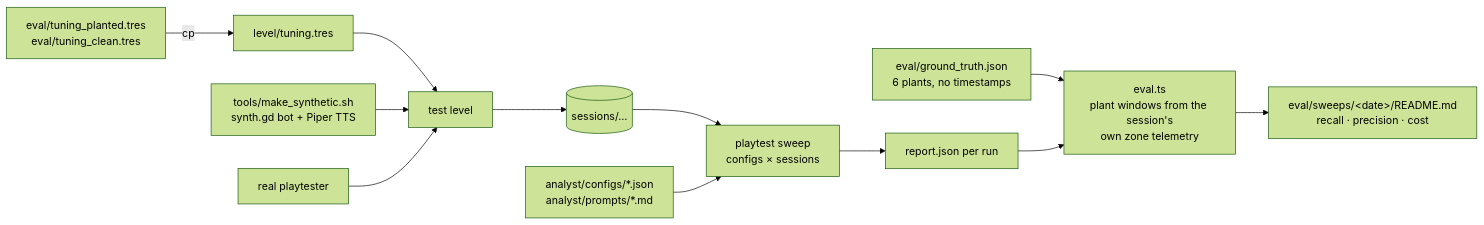
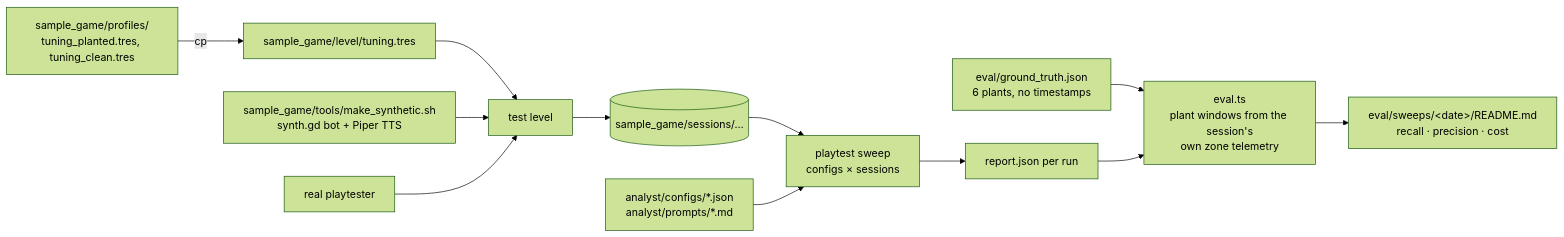
Before and after one commit to tornupgaming/playtest-analyst: the eighth of 9 diagrams in docs/architecture.md, drawn with Mermaid (forest theme). The commit also changed other lines of this file and 148 other files, not shown here.

First line of the commit message:
Move the Godot project into sample_game/; the plugin and analyst stay top level

````diff
--- a/docs/architecture.md
+++ b/docs/architecture.md
@@ -322,14 +322,14 @@
 ```mermaid
 flowchart LR
-  tun["eval/tuning_planted.tres<br/>eval/tuning_clean.tres"] -->|cp| live["level/tuning.tres"]
+  tun["sample_game/profiles/<br/>tuning_planted.tres, tuning_clean.tres"] -->|cp| live["sample_game/level/tuning.tres"]
   live --> level["test level"]
-  bot["tools/make_synthetic.sh<br/>synth.gd bot + Piper TTS"] --> level
+  bot["sample_game/tools/make_synthetic.sh<br/>synth.gd bot + Piper TTS"] --> level
   human["real playtester"] --> level
-  level --> bundles[("sessions/…")]
+  level --> bundles[("sample_game/sessions/…")]
   bundles --> sweep["playtest sweep<br/>configs × sessions"]
   cfgs["analyst/configs/*.json<br/>analyst/prompts/*.md"] --> sweep
   sweep --> reports["report.json per run"]
   gt["eval/ground_truth.json<br/>6 plants, no timestamps"] --> eval
   reports --> eval["eval.ts<br/>plant windows from the session's<br/>own zone telemetry"]
   eval --> readme["eval/sweeps/&lt;date&gt;/README.md<br/>recall · precision · cost"]
 ```
````
